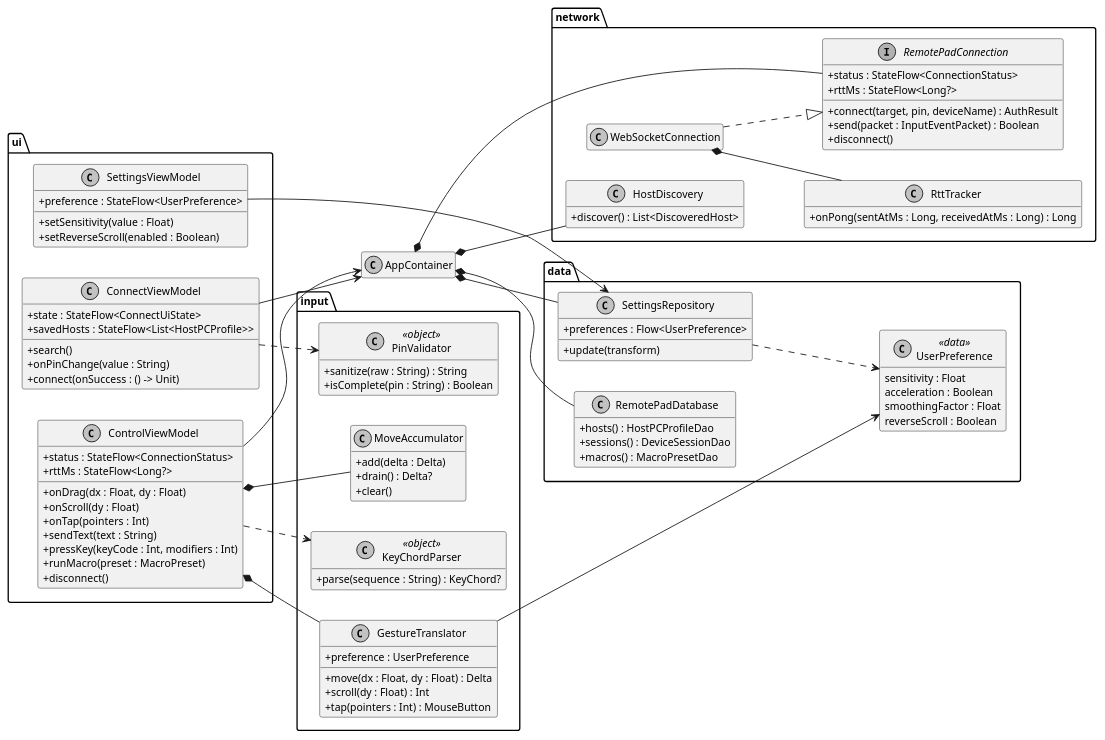
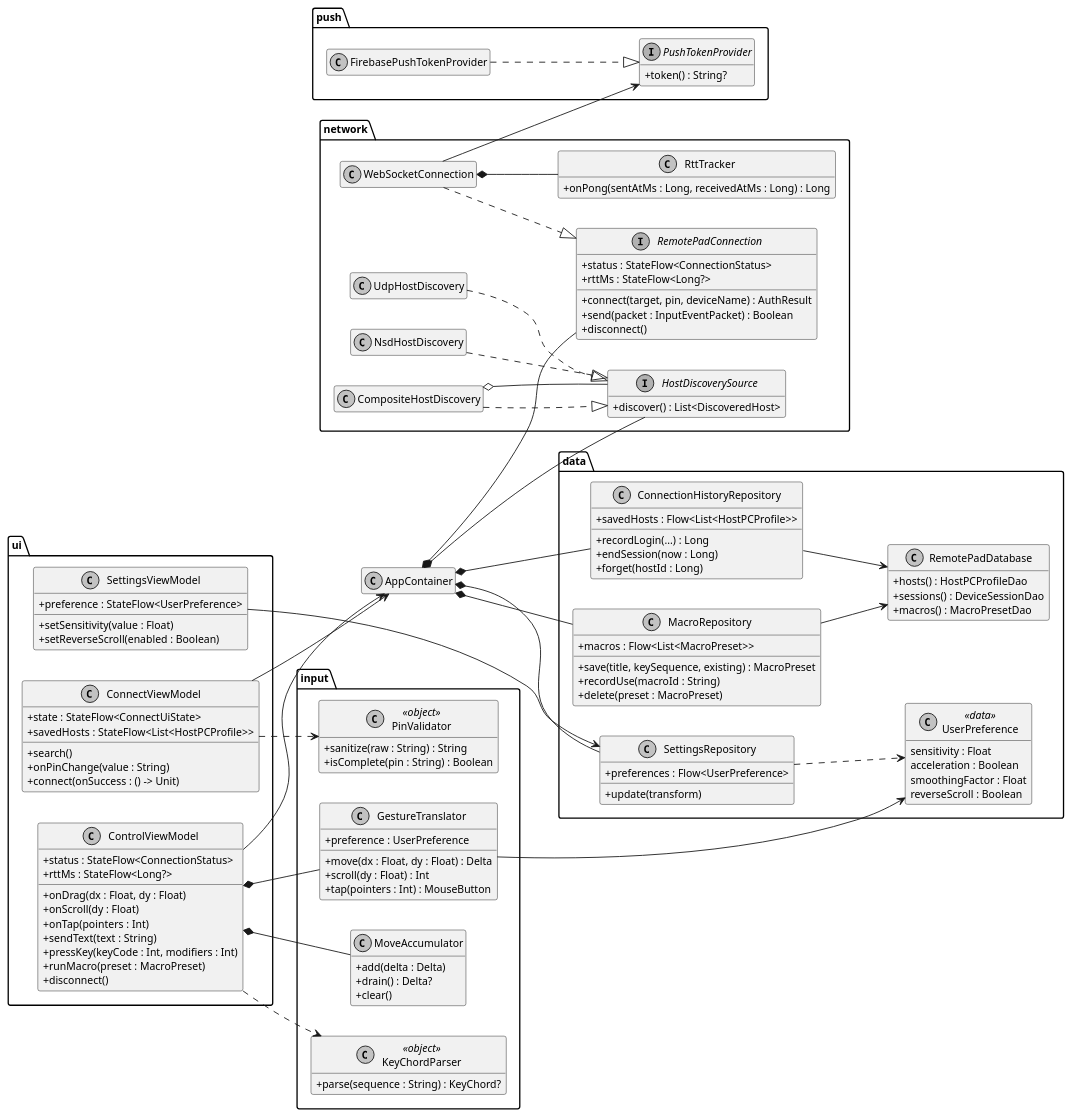
The diagram in docs/diagrams/class_client.puml (Illya-Bonikon/CW_1-4_TB-31_Reshetnikov_Felchyn), drawn with PlantUML before and after one commit. The commit also changed 53 other files, not shown here.

```diff
--- a/docs/diagrams/class_client.puml
+++ b/docs/diagrams/class_client.puml
@@ -1,111 +1,142 @@
 @startuml
 skinparam monochrome true
 skinparam shadowing false
 skinparam defaultFontName "Times New Roman"
 skinparam defaultFontSize 12
 skinparam classAttributeIconSize 0
 hide empty members
 left to right direction
 
 package "ui" {
   class ConnectViewModel {
     +state : StateFlow<ConnectUiState>
     +savedHosts : StateFlow<List<HostPCProfile>>
     +search()
     +onPinChange(value : String)
     +connect(onSuccess : () -> Unit)
   }
   class ControlViewModel {
     +status : StateFlow<ConnectionStatus>
     +rttMs : StateFlow<Long?>
     +onDrag(dx : Float, dy : Float)
     +onScroll(dy : Float)
     +onTap(pointers : Int)
     +sendText(text : String)
     +pressKey(keyCode : Int, modifiers : Int)
     +runMacro(preset : MacroPreset)
     +disconnect()
   }
   class SettingsViewModel {
     +preference : StateFlow<UserPreference>
     +setSensitivity(value : Float)
     +setReverseScroll(enabled : Boolean)
   }
 }
 
 package "input" {
   class GestureTranslator {
     +preference : UserPreference
     +move(dx : Float, dy : Float) : Delta
     +scroll(dy : Float) : Int
     +tap(pointers : Int) : MouseButton
   }
   class MoveAccumulator {
     +add(delta : Delta)
     +drain() : Delta?
     +clear()
   }
   class KeyChordParser <<object>> {
     +parse(sequence : String) : KeyChord?
   }
   class PinValidator <<object>> {
     +sanitize(raw : String) : String
     +isComplete(pin : String) : Boolean
   }
 }
 
 package "network" {
   interface RemotePadConnection {
     +status : StateFlow<ConnectionStatus>
     +rttMs : StateFlow<Long?>
     +connect(target, pin, deviceName) : AuthResult
     +send(packet : InputEventPacket) : Boolean
     +disconnect()
   }
   class WebSocketConnection
   class RttTracker {
     +onPong(sentAtMs : Long, receivedAtMs : Long) : Long
   }
-  class HostDiscovery {
+  interface HostDiscoverySource {
     +discover() : List<DiscoveredHost>
   }
+  class CompositeHostDiscovery
+  class UdpHostDiscovery
+  class NsdHostDiscovery
 }
 
 package "data" {
   class SettingsRepository {
     +preferences : Flow<UserPreference>
     +update(transform)
   }
   class UserPreference <<data>> {
     sensitivity : Float
     acceleration : Boolean
     smoothingFactor : Float
     reverseScroll : Boolean
   }
+  class ConnectionHistoryRepository {
+    +savedHosts : Flow<List<HostPCProfile>>
+    +recordLogin(...) : Long
+    +endSession(now : Long)
+    +forget(hostId : Long)
+  }
+  class MacroRepository {
+    +macros : Flow<List<MacroPreset>>
+    +save(title, keySequence, existing) : MacroPreset
+    +recordUse(macroId : String)
+    +delete(preset : MacroPreset)
+  }
   class RemotePadDatabase {
     +hosts() : HostPCProfileDao
     +sessions() : DeviceSessionDao
     +macros() : MacroPresetDao
   }
 }
 
+package "push" {
+  interface PushTokenProvider {
+    +token() : String?
+  }
+  class FirebasePushTokenProvider
+}
+
 class AppContainer
 
-AppContainer *-- RemotePadDatabase
+AppContainer *-- ConnectionHistoryRepository
+AppContainer *-- MacroRepository
 AppContainer *-- SettingsRepository
 AppContainer *-- RemotePadConnection
-AppContainer *-- HostDiscovery
+AppContainer *-- HostDiscoverySource
+ConnectionHistoryRepository --> RemotePadDatabase
+MacroRepository --> RemotePadDatabase
+CompositeHostDiscovery ..|> HostDiscoverySource
+UdpHostDiscovery ..|> HostDiscoverySource
+NsdHostDiscovery ..|> HostDiscoverySource
+CompositeHostDiscovery o-- HostDiscoverySource
+FirebasePushTokenProvider ..|> PushTokenProvider
+WebSocketConnection --> PushTokenProvider
 
 WebSocketConnection ..|> RemotePadConnection
 WebSocketConnection *-- RttTracker
 
 ConnectViewModel --> AppContainer
 ConnectViewModel ..> PinValidator
 ControlViewModel --> AppContainer
 ControlViewModel *-- GestureTranslator
 ControlViewModel *-- MoveAccumulator
 ControlViewModel ..> KeyChordParser
 SettingsViewModel --> SettingsRepository
 SettingsRepository ..> UserPreference
 GestureTranslator --> UserPreference
 @enduml
```
